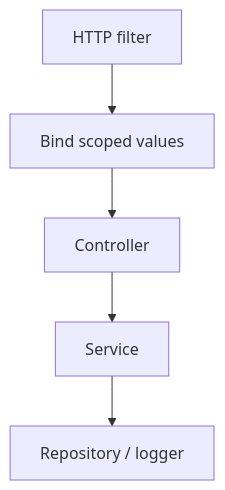
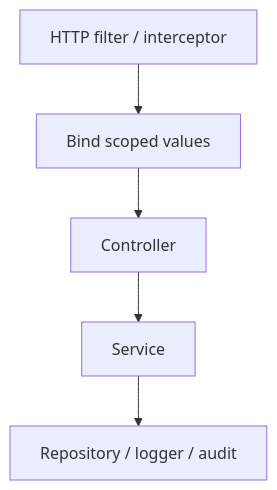
Before and after one commit to sandeepbhardwaj/sandeepbhardwaj.github.io: the diagram in _posts/2026-05-16-scoped-values-request-context-propagation.md, drawn with Mermaid. The commit also changed other lines of this file and 113 other files, not shown here.

````diff
--- a/_posts/2026-05-16-scoped-values-request-context-propagation.md
+++ b/_posts/2026-05-16-scoped-values-request-context-propagation.md
@@ -142,7 +137,7 @@
-        ```mermaid
+```mermaid
 flowchart TD
-    A[HTTP filter] --> B[Bind scoped values]
+    A[HTTP filter / interceptor] --> B[Bind scoped values]
     B --> C[Controller]
     C --> D[Service]
-    D --> E[Repository / logger]
+    D --> E[Repository / logger / audit]
 ```
````
